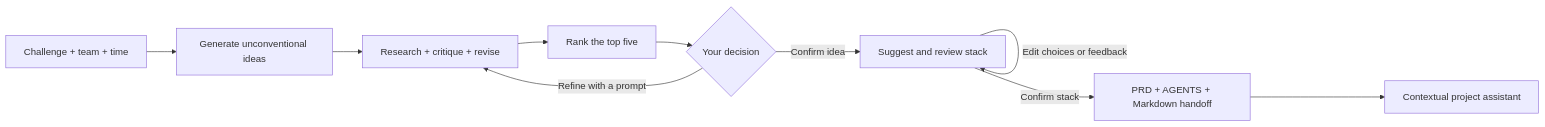
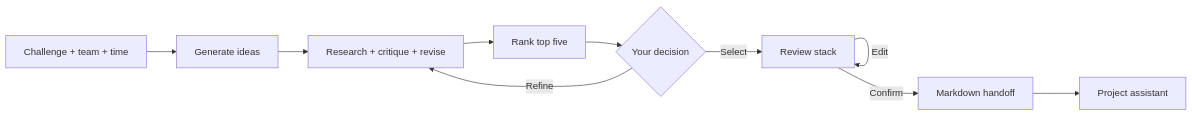
One commit to Muneer320/exHacker changed the first of 2 diagrams in README.md. Above: the diagram before and after it, drawn with Mermaid. The commit also changed other lines of this file and 11 other files, not shown here.

````diff
--- a/README.md
+++ b/README.md
@@ -67,12 +29,12 @@
 ```mermaid
 flowchart LR
-    A[Challenge + team + time] --> B[Generate unconventional ideas]
+    A[Challenge + team + time] --> B[Generate ideas]
     B --> C[Research + critique + revise]
-    C --> D[Rank the top five]
+    C --> D[Rank top five]
     D --> E{Your decision}
-    E -->|Refine with a prompt| C
-    E -->|Confirm idea| F[Suggest and review stack]
-    F -->|Edit choices or feedback| F
-    F -->|Confirm stack| G[PRD + AGENTS + Markdown handoff]
-    G --> H[Contextual project assistant]
+    E -->|Refine| C
+    E -->|Select| F[Review stack]
+    F -->|Edit| F
+    F -->|Confirm| G[Markdown handoff]
+    G --> H[Project assistant]
 ```
````
